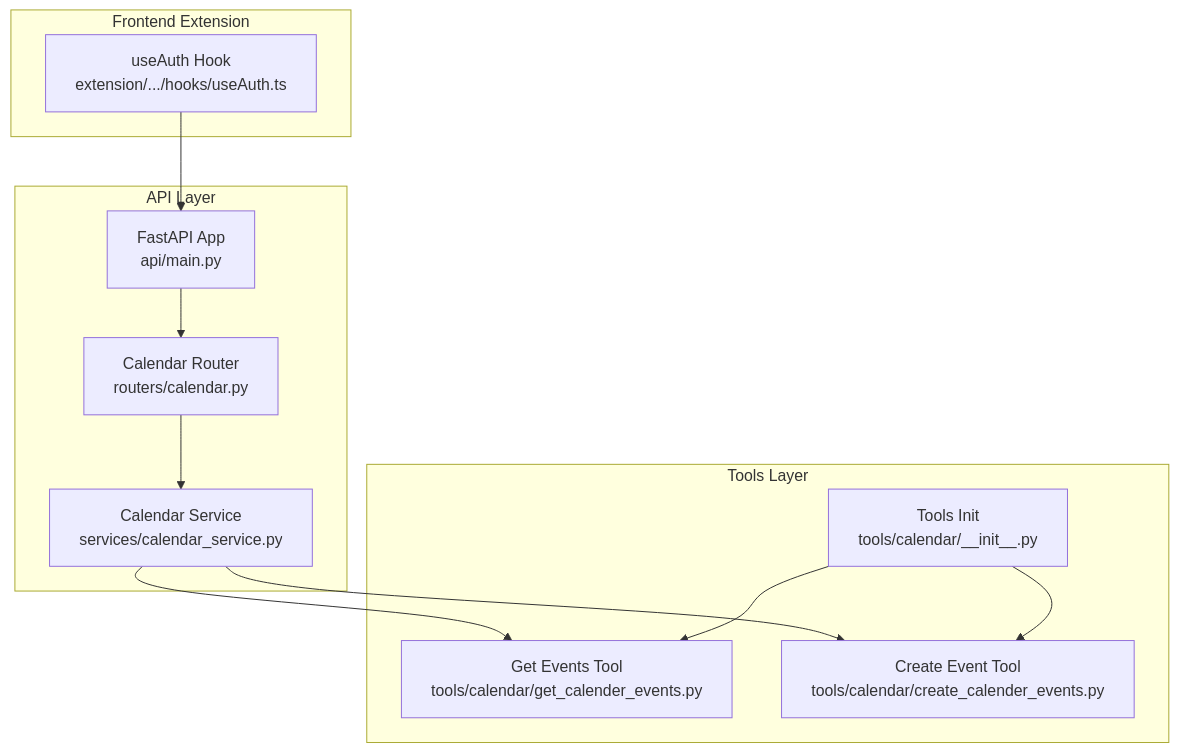
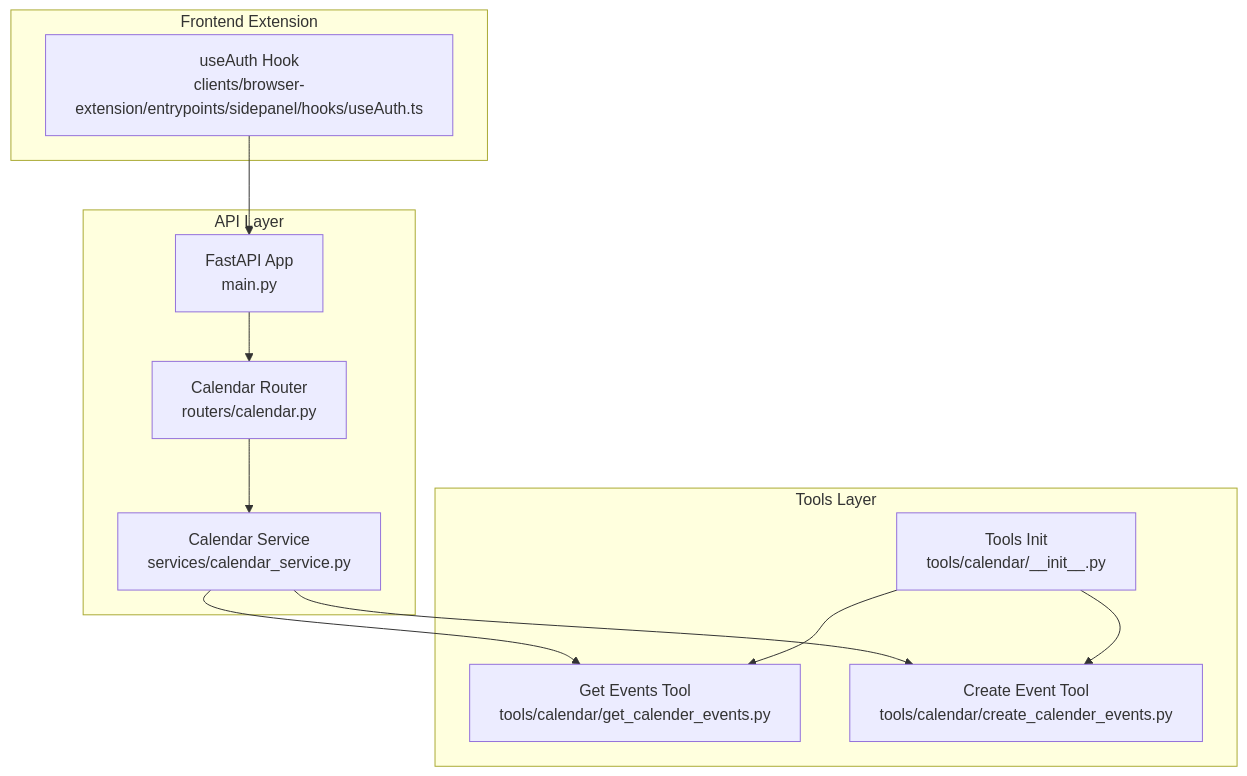
The first of 3 diagrams in src/data/docs/agentic-browser/API Server/Calendar Integration API.md (tashifkhan/tashif.codes), drawn with Mermaid before and after one commit. The commit also changed other lines of this file and 2128 other files, not shown here.

First line of the commit message:
docs: replace raster diagram images with native Mermaid across project guides

````diff
--- a/src/data/docs/agentic-browser/API Server/Calendar Integration API.md
+++ b/src/data/docs/agentic-browser/API Server/Calendar Integration API.md
@@ -9,23 +9,23 @@
 ```mermaid
 graph TB
 subgraph "API Layer"
-A["FastAPI App<br/>api/main.py"]
+A["FastAPI App<br/>main.py"]
 R["Calendar Router<br/>routers/calendar.py"]
 S["Calendar Service<br/>services/calendar_service.py"]
 end
 subgraph "Tools Layer"
 T1["Get Events Tool<br/>tools/calendar/get_calender_events.py"]
 T2["Create Event Tool<br/>tools/calendar/create_calender_events.py"]
 TI["Tools Init<br/>tools/calendar/__init__.py"]
 end
 subgraph "Frontend Extension"
-E["useAuth Hook<br/>extension/.../hooks/useAuth.ts"]
+E["useAuth Hook<br/>clients/browser-extension/entrypoints/sidepanel/hooks/useAuth.ts"]
 end
 A --> R
 R --> S
 S --> T1
 S --> T2
 TI --> T1
 TI --> T2
 E --> A
 ```
````
